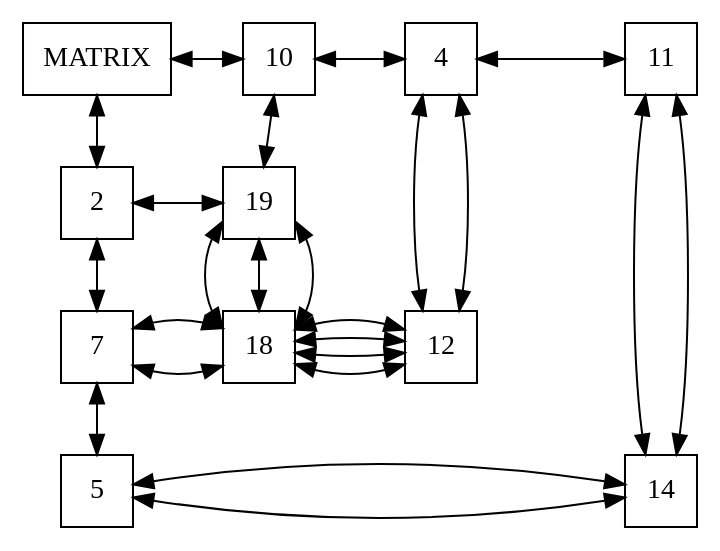
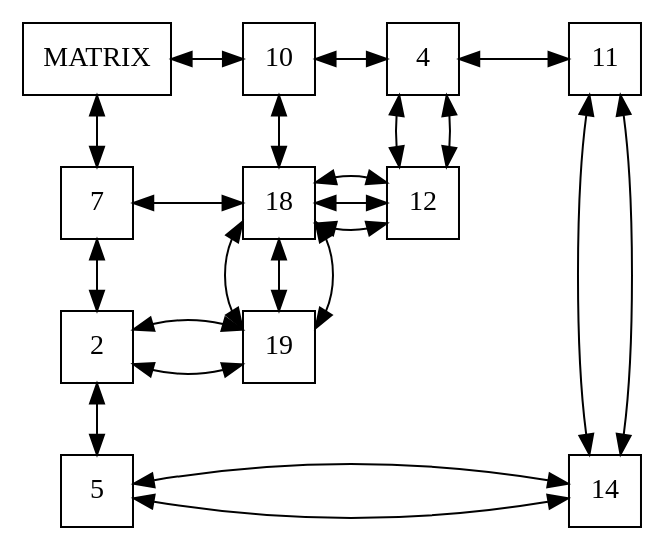
The diagram in sparse_matrix/output/example.dot (CarlosNgv99/sparse_matrix), drawn with Graphviz before and after one commit. The commit also changed 5 other files, not shown here.

```diff
--- a/sparse_matrix/output/example.dot
+++ b/sparse_matrix/output/example.dot
@@ -1,51 +1,49 @@
 digraph g{
 rankdir = TB;
 node [shape=rectangle, height=0.5, width=0.5];
 graph[ nodesep = 0.5];
 node0 [label="MATRIX"];
 10[label="10"]
 4[label="4"]
 11[label="11"]
 node0->10[dir=both];
 10->4[dir=both];
 4->11[dir=both];
+7[label="7"]
 2[label="2"]
-7[label="7"]
 5[label="5"]
-node0->2[dir=both];
-2->7[dir=both];
-7->5[dir=both];
-19[label="19"]
-2->19[constraint=false, dir=both];
-{rank=same; 2; 19;}
-10->19[dir=both]
-18->19[dir=both]
+node0->7[dir=both];
+7->2[dir=both];
+2->5[dir=both];
 18[label="18"]
 12->18[constraint=false, dir=both];
 {rank=same; 12; 18;}
 7->18[constraint=false, dir=both];
 {rank=same; 7; 18;}
+10->18[dir=both]
 19->18[dir=both]
-18[label="18"]
-12->18[constraint=false, dir=both];
-{rank=same; 12; 18;}
-7->18[constraint=false, dir=both];
-{rank=same; 7; 18;}
-19->18[dir=both]
+19[label="19"]
+2->19[constraint=false, dir=both];
+{rank=same; 2; 19;}
+18->19[dir=both]
+19[label="19"]
+2->19[constraint=false, dir=both];
+{rank=same; 2; 19;}
+18->19[dir=both]
 12[label="12"]
 18->12[constraint=false, dir=both];
 {rank=same; 18; 12;}
 4->12[dir=both]
 12[label="12"]
 18->12[constraint=false, dir=both];
 {rank=same; 18; 12;}
 4->12[dir=both]
 14[label="14"]
 5->14[constraint=false, dir=both];
 {rank=same; 5; 14;}
 11->14[dir=both]
 14[label="14"]
 5->14[constraint=false, dir=both];
 {rank=same; 5; 14;}
 11->14[dir=both]
 {rank=same; node0; 10; 4; 11;}}
```
